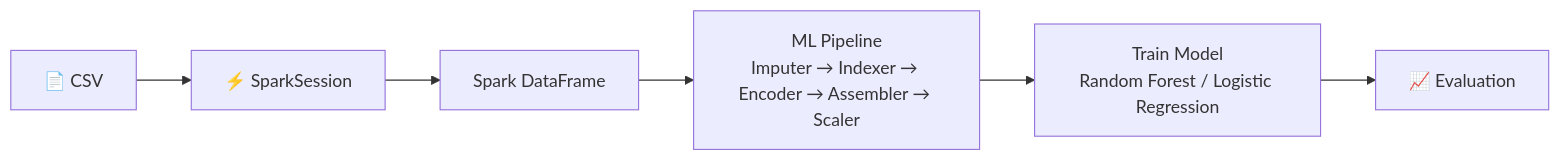
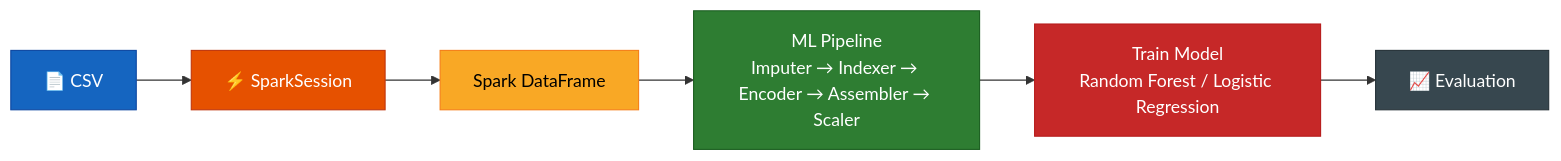
One commit to Ma1cOS/Big-Data changed the fourth of 5 diagrams in README.md. Above: the diagram before and after it, drawn with Mermaid. The commit also changed other lines of this file, not shown here.

First line of the commit message:
Διόρθωση Mermaid διαγραμμάτων: dark-mode χρώματα & σειριακό Gantt

````diff
--- a/README.md
+++ b/README.md
@@ -268,8 +280,21 @@
 ```mermaid
 flowchart LR
     CSV[📄 CSV] --> SPARK[⚡ SparkSession]
     SPARK --> DF[Spark DataFrame]
     DF --> PIPE[ML Pipeline\nImputer → Indexer → Encoder → Assembler → Scaler]
     PIPE --> TRAIN[Train Model\nRandom Forest / Logistic Regression]
     TRAIN --> EVAL[📈 Evaluation]
+
+    classDef blue fill:#1565c0,color:#fff,stroke:#0d47a1
+    classDef orange fill:#e65100,color:#fff,stroke:#bf360c
+    classDef green fill:#2e7d32,color:#fff,stroke:#1b5e20
+    classDef amber fill:#f9a825,color:#000,stroke:#f57f17
+    classDef red fill:#c62828,color:#fff,stroke:#b71c1c
+    classDef grey fill:#37474f,color:#fff,stroke:#263238
+    class CSV blue
+    class SPARK orange
+    class DF amber
+    class PIPE green
+    class TRAIN red
+    class EVAL grey
 ```
````
